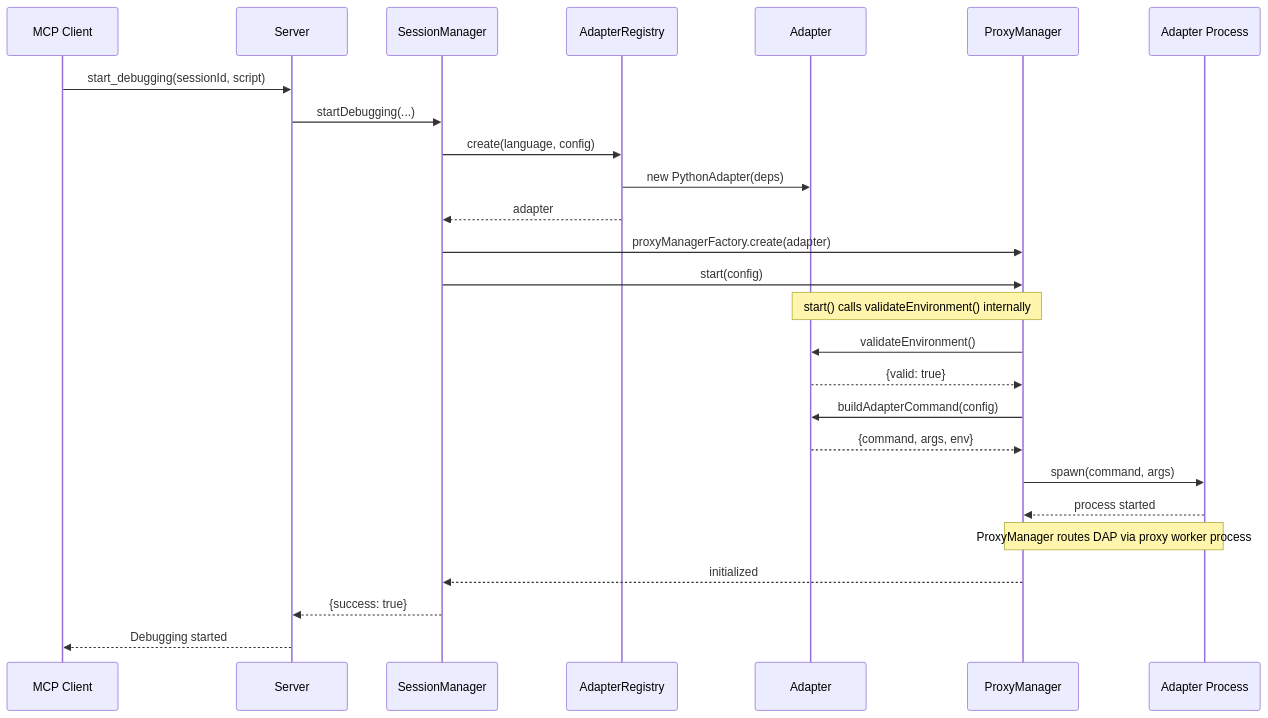
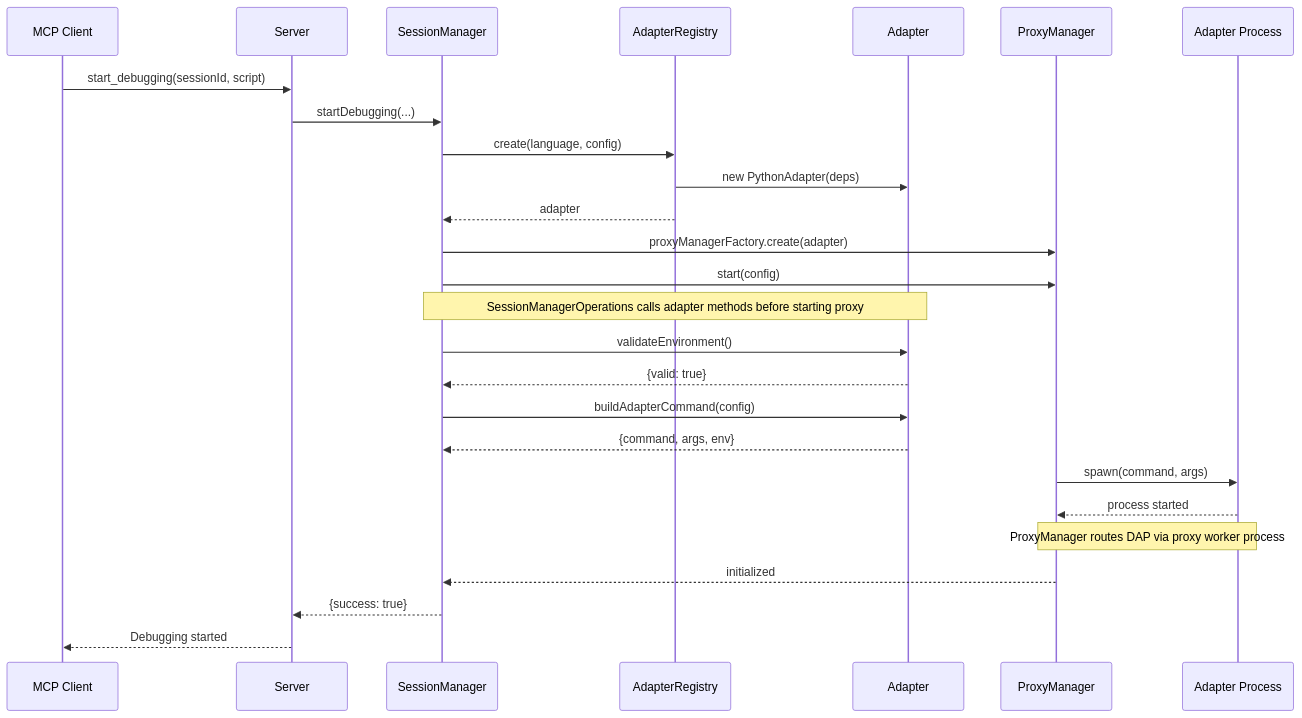
The third of 4 diagrams in docs/architecture/adapter-pattern-design.md (debugmcp/mcp-debugger), drawn with Mermaid before and after one commit. The commit also changed other lines of this file and 126 other files, not shown here.

````diff
--- a/docs/architecture/adapter-pattern-design.md
+++ b/docs/architecture/adapter-pattern-design.md
@@ -207,34 +207,34 @@
 ```mermaid
 sequenceDiagram
     participant C as MCP Client
     participant S as Server
     participant SM as SessionManager
     participant AR as AdapterRegistry
     participant A as Adapter
     participant PM as ProxyManager
     participant AP as Adapter Process
     
     C->>S: start_debugging(sessionId, script)
     S->>SM: startDebugging(...)
     SM->>AR: create(language, config)
     AR->>A: new PythonAdapter(deps)
     AR-->>SM: adapter
 
     SM->>PM: proxyManagerFactory.create(adapter)
     SM->>PM: start(config)
 
-    Note over PM,A: start() calls validateEnvironment() internally
-    PM->>A: validateEnvironment()
-    A-->>PM: {valid: true}
-    PM->>A: buildAdapterCommand(config)
-    A-->>PM: {command, args, env}
+    Note over SM,A: SessionManagerOperations calls adapter methods before starting proxy
+    SM->>A: validateEnvironment()
+    A-->>SM: {valid: true}
+    SM->>A: buildAdapterCommand(config)
+    A-->>SM: {command, args, env}
     
     PM->>AP: spawn(command, args)
     AP-->>PM: process started
     
     Note over PM,AP: ProxyManager routes DAP via proxy worker process
 
     PM-->>SM: initialized
     SM-->>S: {success: true}
     S-->>C: Debugging started
 ```
````
